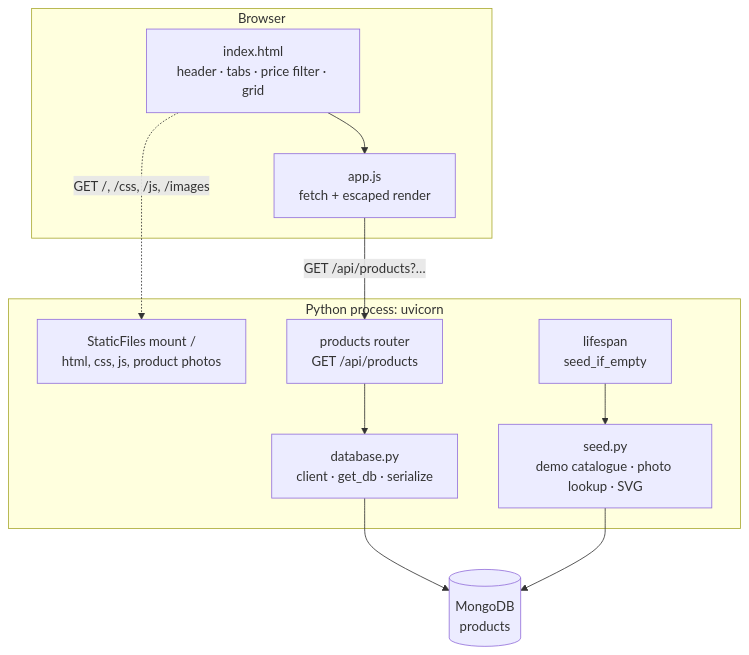
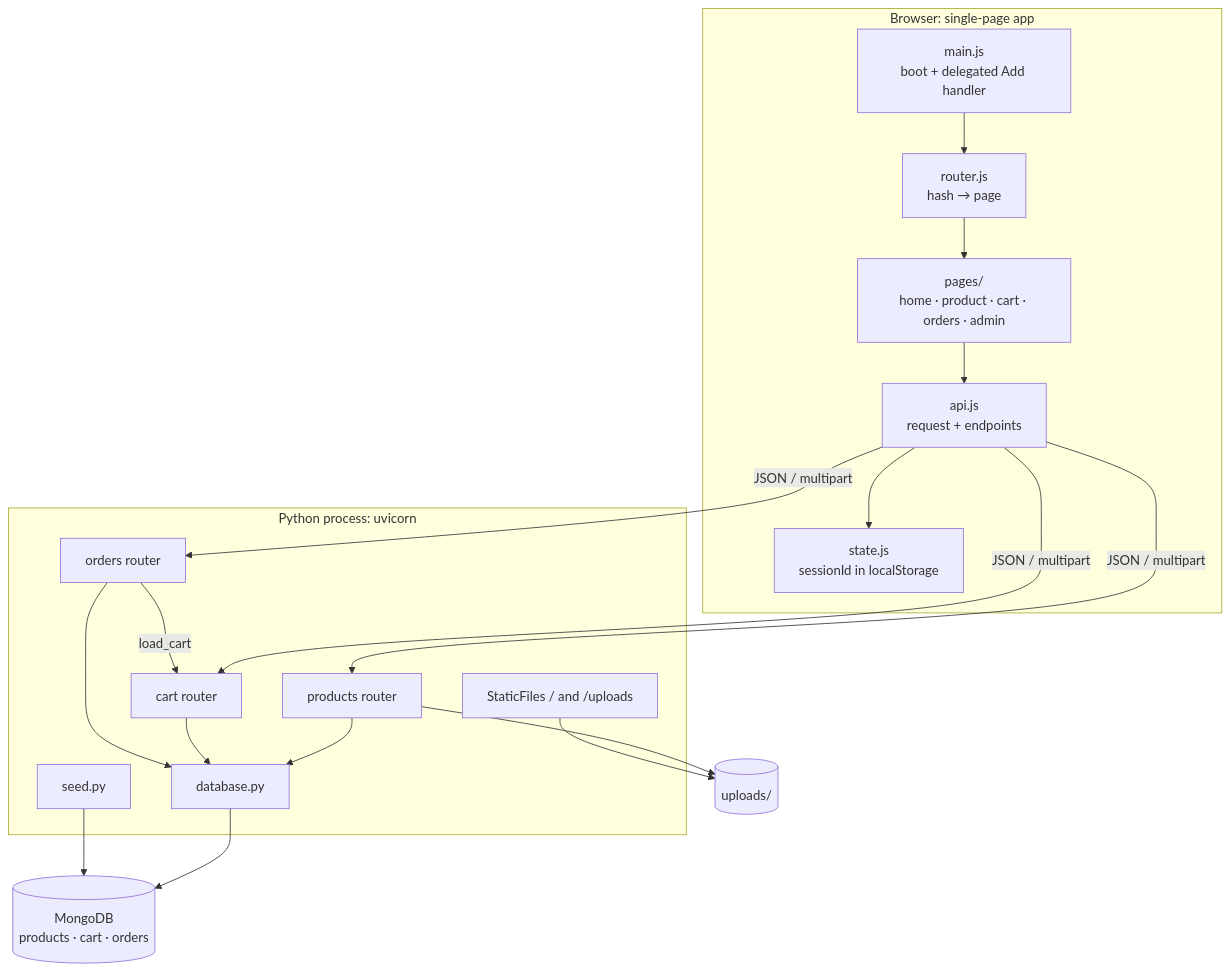
One commit to abhishek-tiwari-nitrr/ChatCloset changed the second of 4 diagrams in docs/HLD.md. Above: the diagram before and after it, drawn with Mermaid. The commit also changed other lines of this file and 1 other file, not shown here.

````diff
--- a/docs/HLD.md
+++ b/docs/HLD.md
@@ -28,18 +27,29 @@
 ```mermaid
 flowchart TB
-    subgraph Browser
-        page[index.html<br/>header · tabs · price filter · grid]
-        js[app.js<br/>fetch + escaped render]
+    subgraph Browser [Browser: single-page app]
+        main[main.js<br/>boot + delegated Add handler]
+        router[router.js<br/>hash → page]
+        pages[pages/<br/>home · product · cart · orders · admin]
+        api[api.js<br/>request + endpoints]
+        state[state.js<br/>sessionId in localStorage]
     end
     subgraph Server [Python process: uvicorn]
-        static[StaticFiles mount /<br/>html, css, js, product photos]
-        router[products router<br/>GET /api/products]
-        dbmod[database.py<br/>client · get_db · serialize]
-        seed[seed.py<br/>demo catalogue · photo lookup · SVG]
-        life[lifespan<br/>seed_if_empty]
+        static[StaticFiles / and /uploads]
+        products[products router]
+        cart[cart router]
+        orders[orders router]
+        dbmod[database.py]
+        seed[seed.py]
     end
-    mongo[(MongoDB<br/>products)]
-    page --> js -->|GET /api/products?…| router --> dbmod --> mongo
-    page -.->|GET /, /css, /js, /images| static
-    life --> seed --> mongo
+    mongo[(MongoDB<br/>products · cart · orders)]
+    fs[(uploads/)]
+
+    main --> router --> pages --> api
+    api --> state
+    api -->|JSON / multipart| products & cart & orders
+    products --> fs
+    static --> fs
+    products & cart & orders --> dbmod --> mongo
+    orders -->|load_cart| cart
+    seed --> mongo
 ```
````
